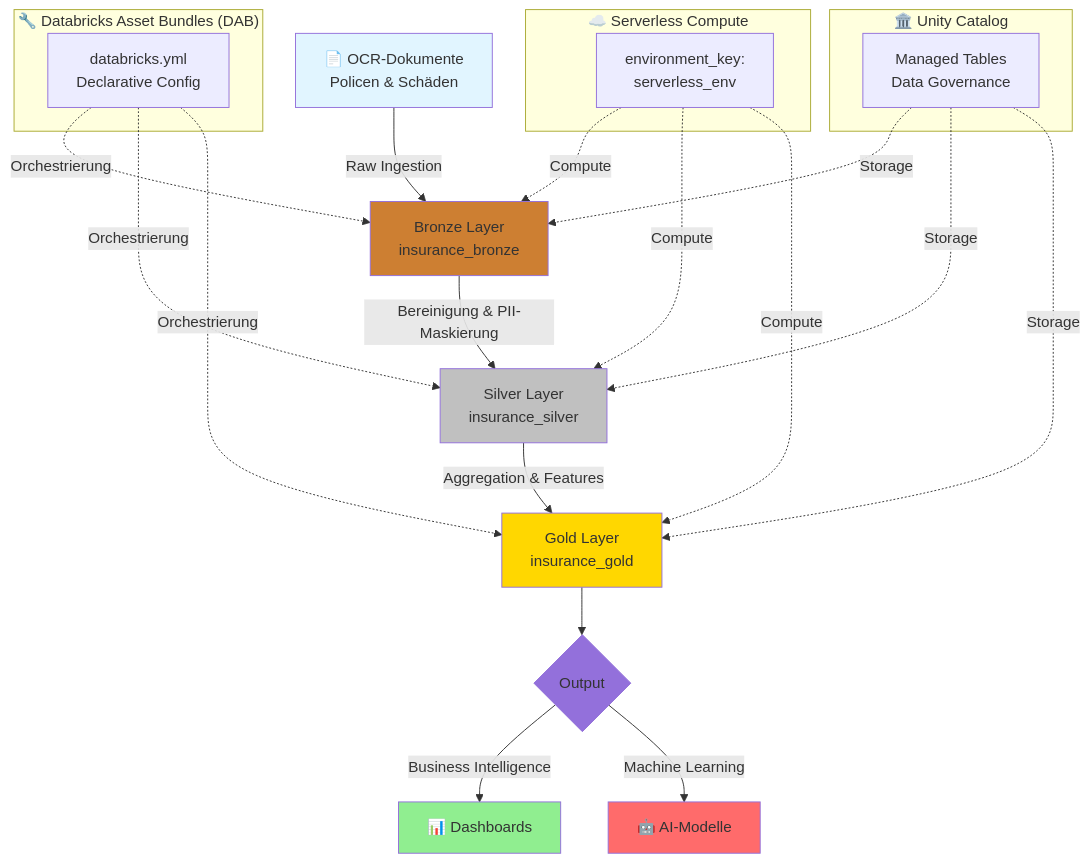
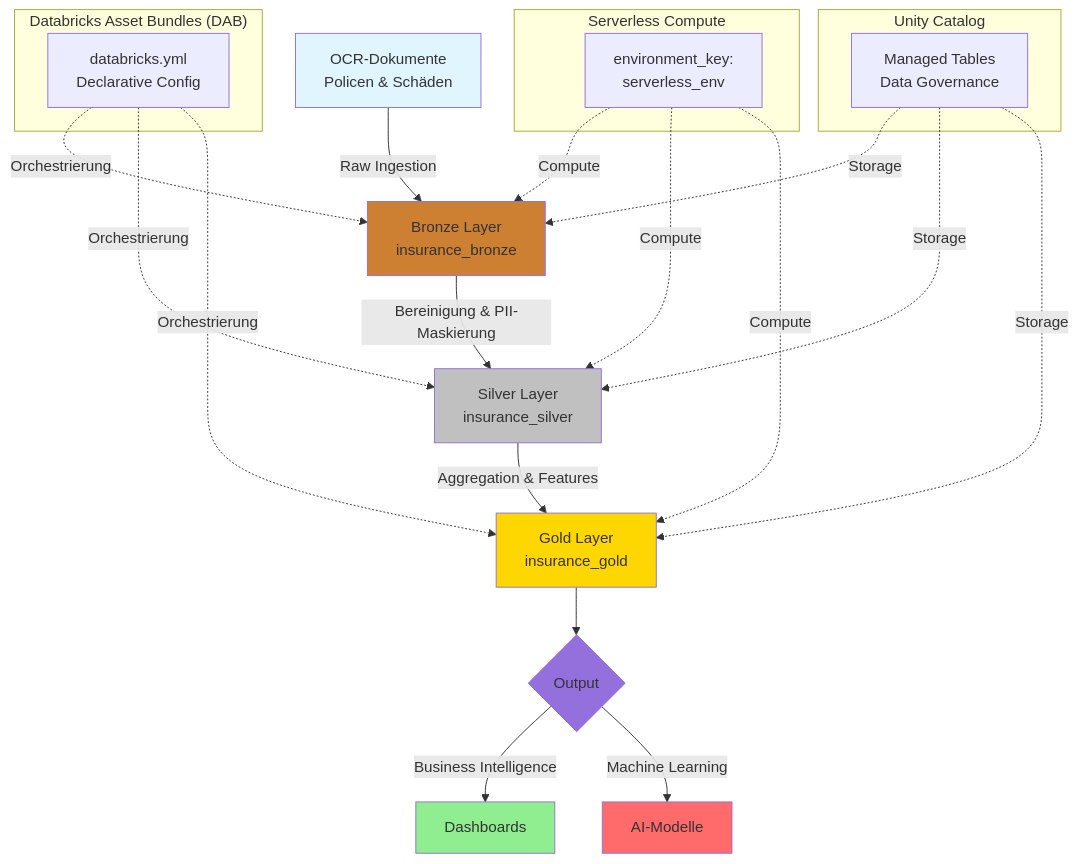
One commit to bkabiah/Databricks-Asset-Bundles-CI-CD-Pipeline-Mit-Versicherungsdaten changed the diagram in README.md. Above: the diagram before and after it, drawn with Mermaid. The commit also changed other lines of this file, not shown here.

Commit message:
Refine README architecture diagram and installation
Updated the architecture diagram and installation section formatting.

````diff
--- a/README.md
+++ b/README.md
@@ -20,40 +20,40 @@
 ```mermaid
 graph TD
-    A[📄 OCR-Dokumente<br/>Policen & Schäden] -->|Raw Ingestion| B[Bronze Layer<br/>insurance_bronze]
+    A[OCR-Dokumente<br/>Policen & Schäden] -->|Raw Ingestion| B[Bronze Layer<br/>insurance_bronze]
     B -->|Bereinigung & PII-Maskierung| C[Silver Layer<br/>insurance_silver]
     C -->|Aggregation & Features| D[Gold Layer<br/>insurance_gold]
     D --> E{Output}
-    E -->|Business Intelligence| F[📊 Dashboards]
-    E -->|Machine Learning| G[🤖 AI-Modelle]
+    E -->|Business Intelligence| F[Dashboards]
+    E -->|Machine Learning| G[ AI-Modelle]
     
     style A fill:#e1f5ff
     style B fill:#cd7f32
     style C fill:#c0c0c0
     style D fill:#ffd700
     style E fill:#9370db
     style F fill:#90ee90
     style G fill:#ff6b6b
     
-    subgraph "🔧 Databricks Asset Bundles (DAB)"
+    subgraph " Databricks Asset Bundles (DAB)"
         H[databricks.yml<br/>Declarative Config]
     end
     
-    subgraph "☁️ Serverless Compute"
+    subgraph " Serverless Compute"
         I[environment_key:<br/>serverless_env]
     end
     
-    subgraph "🏛️ Unity Catalog"
+    subgraph " Unity Catalog"
         J[Managed Tables<br/>Data Governance]
     end
     
     H -.->|Orchestrierung| B
     H -.->|Orchestrierung| C
     H -.->|Orchestrierung| D
     I -.->|Compute| B
     I -.->|Compute| C
     I -.->|Compute| D
     J -.->|Storage| B
     J -.->|Storage| C
     J -.->|Storage| D
 
 ```
````
